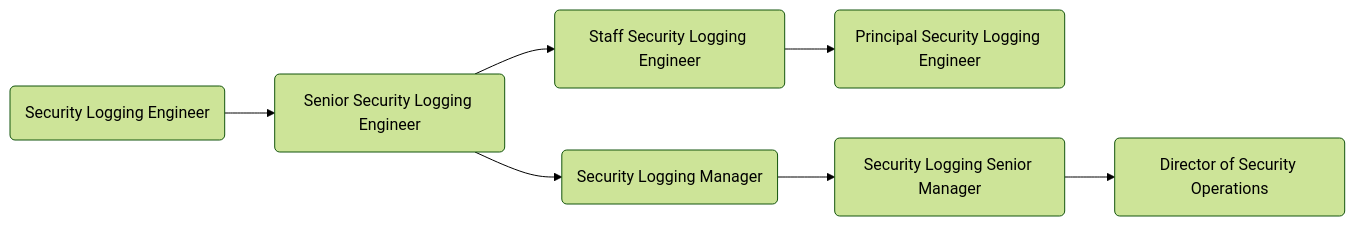
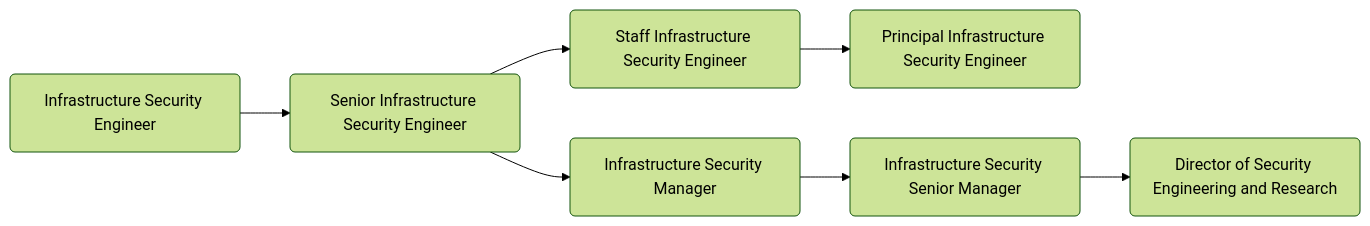
The diagram in job-families/engineering/security-logging/index.html.md (secretstartups/handbook), drawn with Mermaid (forest theme) before and after one commit. The commit also changed other lines of this file, not shown here.

Commit message:
Update changed job titles to match existing Infrastructure Security titles per People Ops

````diff
--- a/job-families/engineering/security-logging/index.html.md
+++ b/job-families/engineering/security-logging/index.html.md
@@ -116,9 +116,9 @@
 ```mermaid
   graph LR;
-  sec:se(Security Logging Engineer)-->sec:sse(Senior Security Logging Engineer);
-  sec:sse(Senior Security Logging Engineer)-->sec:stse(Staff Security Logging Engineer);
-  sec:stse(Staff Security Logging Engineer)-->sec:dse(Principal Security Logging Engineer);
-  sec:sse(Senior Security Logging Engineer)-->sec:sem(Security Logging Manager);
-  sec:sem(Security Logging Manager)-->sec:sesm(Security Logging Senior Manager);
-  sec:sesm(Security Logging Senior Manager)-->sec:ds(Director of Security Operations);
+  sec:se(Infrastructure Security Engineer)-->sec:sse(Senior Infrastructure Security Engineer);
+  sec:sse(Senior Infrastructure Security Engineer)-->sec:stse(Staff Infrastructure Security Engineer);
+  sec:stse(Staff Infrastructure Security Engineer)-->sec:dse(Principal Infrastructure Security Engineer);
+  sec:sse(Senior Infrastructure Security Engineer)-->sec:sem(Infrastructure Security Manager);
+  sec:sem(Infrastructure Security Manager)-->sec:sesm(Infrastructure Security Senior Manager);
+  sec:sesm(Infrastructure Security Senior Manager)-->sec:ds(Director of Security Engineering and Research);
 ```
````
